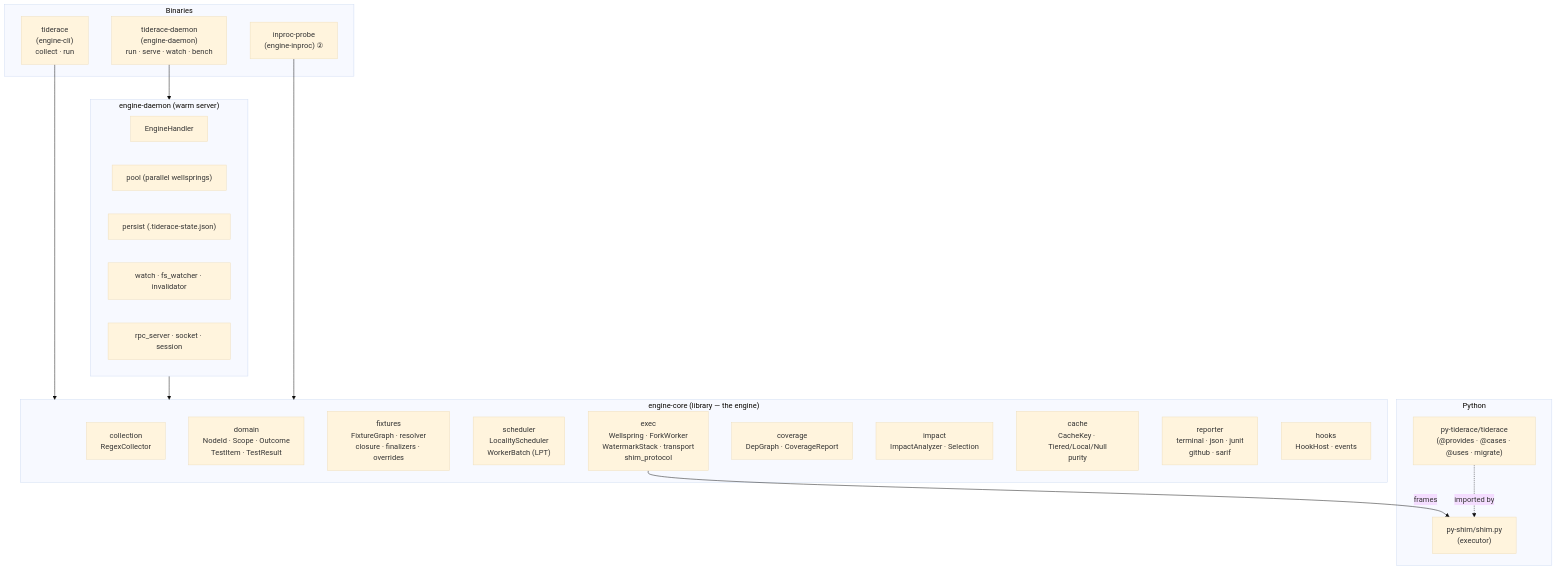
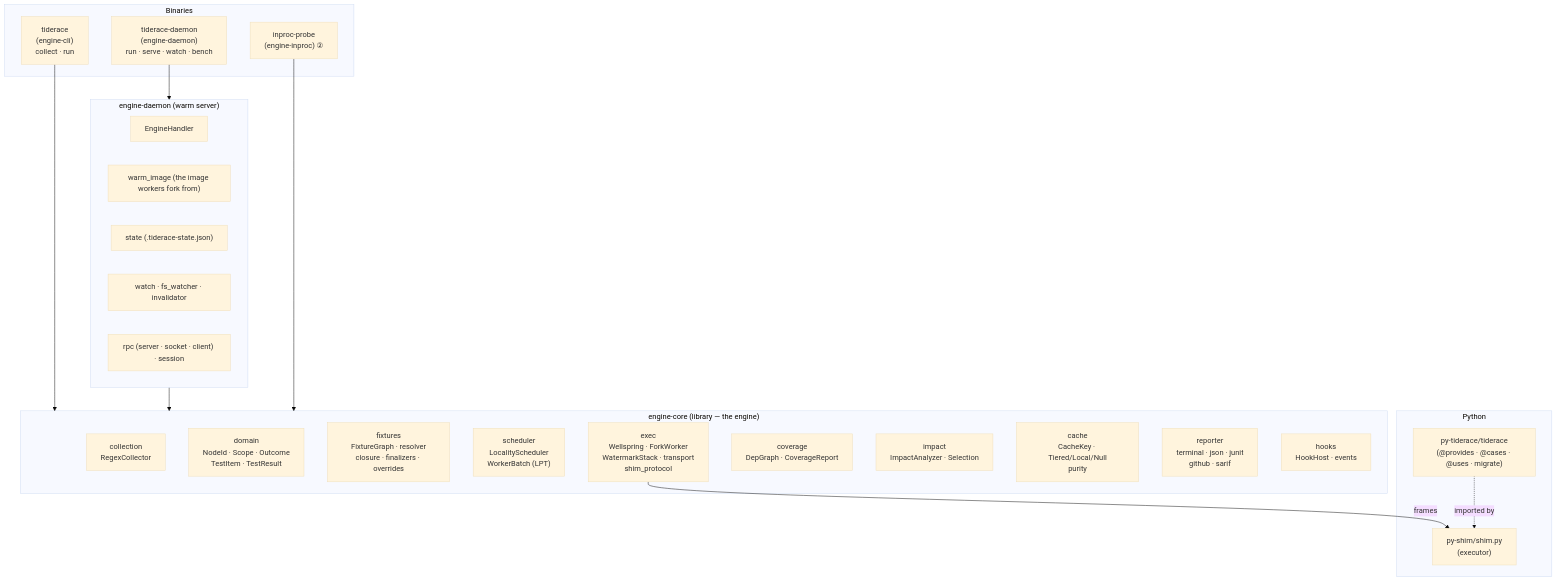
Before and after one commit to snoodleboot-io/tiderace: the second of 9 diagrams in ARCHITECTURE.md, drawn with Mermaid (base theme). The commit also changed other lines of this file and 6 other files, not shown here.

````diff
--- a/ARCHITECTURE.md
+++ b/ARCHITECTURE.md
@@ -53,41 +53,41 @@
 ```mermaid
 flowchart TB
     subgraph bins["Binaries"]
         RIP["tiderace<br/>(engine-cli)<br/>collect · run"]
         DAE["tiderace-daemon<br/>(engine-daemon)<br/>run · serve · watch · bench"]
         PROBE["inproc-probe<br/>(engine-inproc) ②"]
     end
 
     subgraph core["engine-core (library — the engine)"]
         COL["collection<br/>RegexCollector"]
         DOM["domain<br/>NodeId · Scope · Outcome<br/>TestItem · TestResult"]
         FIX["fixtures<br/>FixtureGraph · resolver<br/>closure · finalizers · overrides"]
         SCH["scheduler<br/>LocalityScheduler<br/>WorkerBatch (LPT)"]
         EXEC["exec<br/>Wellspring · ForkWorker<br/>WatermarkStack · transport<br/>shim_protocol"]
         COV["coverage<br/>DepGraph · CoverageReport"]
         IMP["impact<br/>ImpactAnalyzer · Selection"]
         CACHE["cache<br/>CacheKey · Tiered/Local/Null<br/>purity"]
         REP["reporter<br/>terminal · json · junit<br/>github · sarif"]
         HOOK["hooks<br/>HookHost · events"]
     end
 
     subgraph daemon["engine-daemon (warm server)"]
         EH["EngineHandler"]
-        POOL["pool (parallel wellsprings)"]
-        PERS["persist (.tiderace-state.json)"]
+        POOL["warm_image (the image workers fork from)"]
+        PERS["state (.tiderace-state.json)"]
         WATCH["watch · fs_watcher · invalidator"]
-        RPC["rpc_server · socket · session"]
+        RPC["rpc (server · socket · client) · session"]
     end
 
     subgraph python["Python"]
         SHIM["py-shim/shim.py<br/>(executor)"]
         AUTH["py-tiderace/tiderace<br/>(@provides · @cases · @uses · migrate)"]
     end
 
     RIP --> core
     DAE --> daemon
     daemon --> core
     PROBE --> core
     EXEC -->|frames| SHIM
     AUTH -.imported by.-> SHIM
 ```
````
